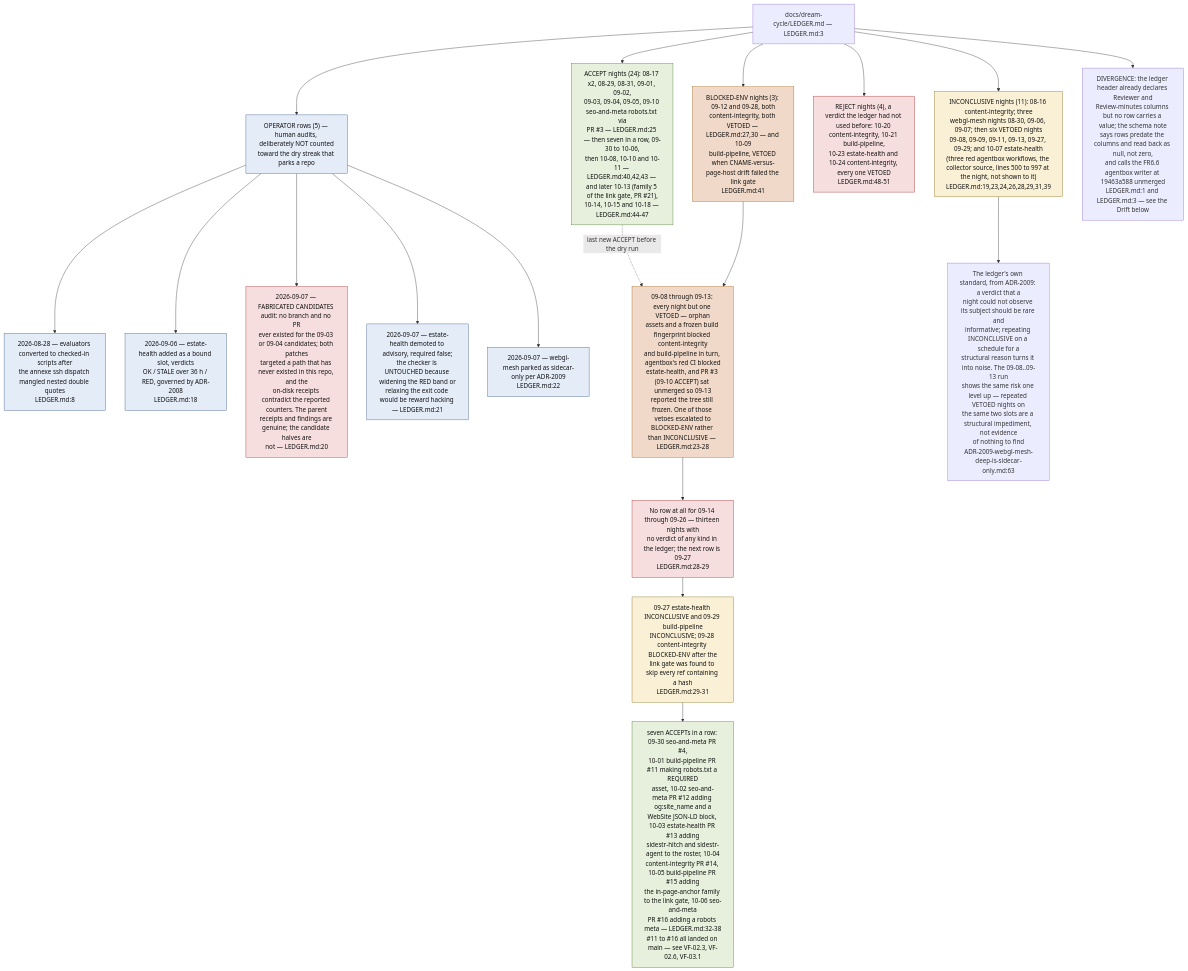
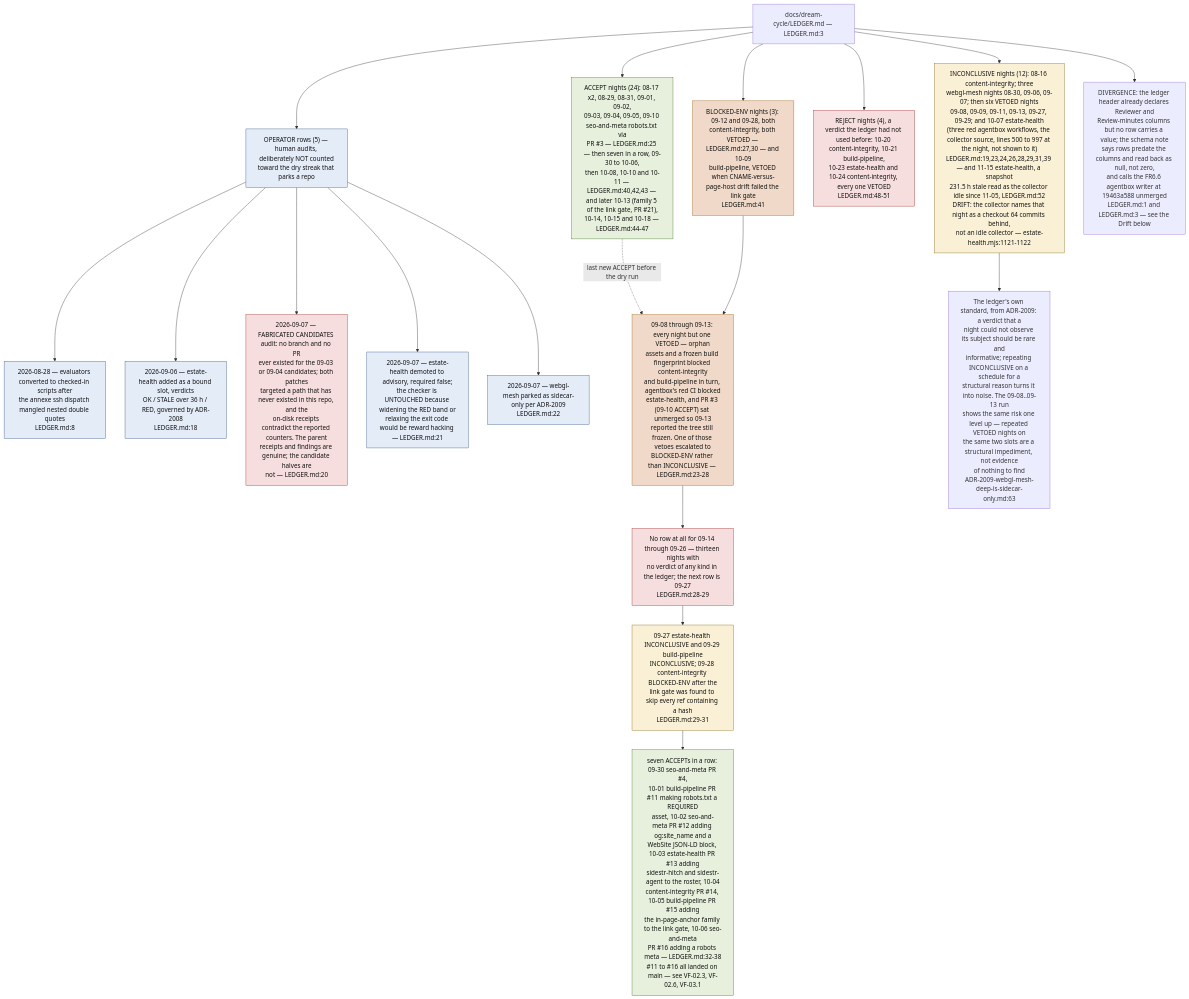
Before and after one commit to DreamLab-AI/VisionFlow: the seventh of 9 diagrams in docs/diagrams/visionflow/04-dream-cycle-integration.md, drawn with Mermaid. The commit also changed other lines of this file and 7 other files, not shown here.

````diff
--- a/docs/diagrams/visionflow/04-dream-cycle-integration.md
+++ b/docs/diagrams/visionflow/04-dream-cycle-integration.md
@@ -213,37 +213,37 @@
 ```mermaid
 flowchart TB
     classDef acc fill:#e6f0dc,stroke:#4a7a2a,color:#111
     classDef inc fill:#f9f0d5,stroke:#8a7020,color:#111
     classDef op fill:#e4ecf8,stroke:#3a5a8a,color:#111
     classDef bad fill:#f7dede,stroke:#a33333,color:#111
     classDef blk fill:#f0d9c8,stroke:#a3661a,color:#111
 
     L["docs/dream-cycle/LEDGER.md — LEDGER.md:3"]
 
     L --> A["ACCEPT nights (24): 08-17 x2, 08-29, 08-31, 09-01, 09-02,<br/>09-03, 09-04, 09-05, 09-10 seo-and-meta robots.txt via<br/>PR #3 — LEDGER.md:25 — then seven in a row, 09-30 to 10-06,<br/>then 10-08, 10-10 and 10-11 — LEDGER.md:40,42,43 — and later 10-13 (family 5 of the link gate, PR #21),<br/>10-14, 10-15 and 10-18 — LEDGER.md:44-47"]:::acc
-    L --> I["INCONCLUSIVE nights (11): 08-16 content-integrity; three<br/>webgl-mesh nights 08-30, 09-06, 09-07; then six VETOED nights<br/>09-08, 09-09, 09-11, 09-13, 09-27, 09-29; and 10-07 estate-health<br/>(three red agentbox workflows, the collector source, lines 500 to 997 at the night, not shown to it)<br/>LEDGER.md:19,23,24,26,28,29,31,39"]:::inc
+    L --> I["INCONCLUSIVE nights (12): 08-16 content-integrity; three<br/>webgl-mesh nights 08-30, 09-06, 09-07; then six VETOED nights<br/>09-08, 09-09, 09-11, 09-13, 09-27, 09-29; and 10-07 estate-health<br/>(three red agentbox workflows, the collector source, lines 500 to 997 at the night, not shown to it)<br/>LEDGER.md:19,23,24,26,28,29,31,39 — and 11-15 estate-health, a snapshot<br/>231.5 h stale read as the collector idle since 11-05, LEDGER.md:52<br/>DRIFT: the collector names that night as a checkout 64 commits behind,<br/>not an idle collector — estate-health.mjs:1121-1122"]:::inc
     L --> B["BLOCKED-ENV nights (3): 09-12 and 09-28, both<br/>content-integrity, both VETOED — LEDGER.md:27,30 — and 10-09<br/>build-pipeline, VETOED when CNAME-versus-page-host drift failed the link gate<br/>LEDGER.md:41"]:::blk
     L --> R["REJECT nights (4), a verdict the ledger had not used before: 10-20 content-integrity, 10-21 build-pipeline,<br/>10-23 estate-health and 10-24 content-integrity, every one VETOED<br/>LEDGER.md:48-51"]:::bad
     L --> O["OPERATOR rows (5) — human audits, deliberately NOT counted<br/>toward the dry streak that parks a repo"]:::op
 
     O --> O1["2026-08-28 — evaluators converted to checked-in scripts after<br/>the annexe ssh dispatch mangled nested double quotes<br/>LEDGER.md:8"]:::op
     O --> O2["2026-09-06 — estate-health added as a bound slot, verdicts<br/>OK / STALE over 36 h / RED, governed by ADR-2008<br/>LEDGER.md:18"]:::op
     O --> O3["2026-09-07 — FABRICATED CANDIDATES audit: no branch and no PR<br/>ever existed for the 09-03 or 09-04 candidates; both patches<br/>targeted a path that has never existed in this repo, and the<br/>on-disk receipts contradict the reported counters. The parent<br/>receipts and findings are genuine; the candidate halves are<br/>not — LEDGER.md:20"]:::bad
     O --> O4["2026-09-07 — estate-health demoted to advisory, required false;<br/>the checker is UNTOUCHED because widening the RED band or<br/>relaxing the exit code would be reward hacking — LEDGER.md:21"]:::op
     O --> O5["2026-09-07 — webgl-mesh parked as sidecar-only per ADR-2009<br/>LEDGER.md:22"]:::op
 
     DRY["09-08 through 09-13: every night but one VETOED — orphan<br/>assets and a frozen build fingerprint blocked content-integrity<br/>and build-pipeline in turn, agentbox's red CI blocked<br/>estate-health, and PR #3 (09-10 ACCEPT) sat unmerged so 09-13<br/>reported the tree still frozen. One of those vetoes escalated to<br/>BLOCKED-ENV rather than INCONCLUSIVE — LEDGER.md:23-28"]:::blk
     A -.->|"last new ACCEPT before the dry run"| DRY
     B --> DRY
 
     GAP["No row at all for 09-14 through 09-26 — thirteen nights with<br/>no verdict of any kind in the ledger; the next row is 09-27<br/>LEDGER.md:28-29"]:::bad
     DRY --> GAP
     GAP --> LATE["09-27 estate-health INCONCLUSIVE and 09-29 build-pipeline<br/>INCONCLUSIVE; 09-28 content-integrity BLOCKED-ENV after the<br/>link gate was found to skip every ref containing a hash<br/>LEDGER.md:29-31"]:::inc
     LATE --> RUN["seven ACCEPTs in a row: 09-30 seo-and-meta PR #4,<br/>10-01 build-pipeline PR #11 making robots.txt a REQUIRED<br/>asset, 10-02 seo-and-meta PR #12 adding og:site_name and a<br/>WebSite JSON-LD block, 10-03 estate-health PR #13 adding<br/>sidestr-hitch and sidestr-agent to the roster, 10-04<br/>content-integrity PR #14, 10-05 build-pipeline PR #15 adding<br/>the in-page-anchor family to the link gate, 10-06 seo-and-meta<br/>PR #16 adding a robots meta — LEDGER.md:32-38<br/>#11 to #16 all landed on main — see VF-02.3, VF-02.6, VF-03.1"]:::acc
 
     LESSON["The ledger's own standard, from ADR-2009: a verdict that a<br/>night could not observe its subject should be rare and<br/>informative; repeating INCONCLUSIVE on a schedule for a<br/>structural reason turns it into noise. The 09-08..09-13 run<br/>shows the same risk one level up — repeated VETOED nights on<br/>the same two slots are a structural impediment, not evidence<br/>of nothing to find<br/>ADR-2009-webgl-mesh-deep-is-sidecar-only.md:63"]
     I --> LESSON
 
     SCHEMA["DIVERGENCE: the ledger header already declares Reviewer and<br/>Review-minutes columns but no row carries a value; the schema note<br/>says rows predate the columns and read back as null, not zero,<br/>and calls the FR6.6 agentbox writer at 19463a588 unmerged<br/>LEDGER.md:1 and LEDGER.md:3 — see the Drift below"]
     L --> SCHEMA
 ```
````
